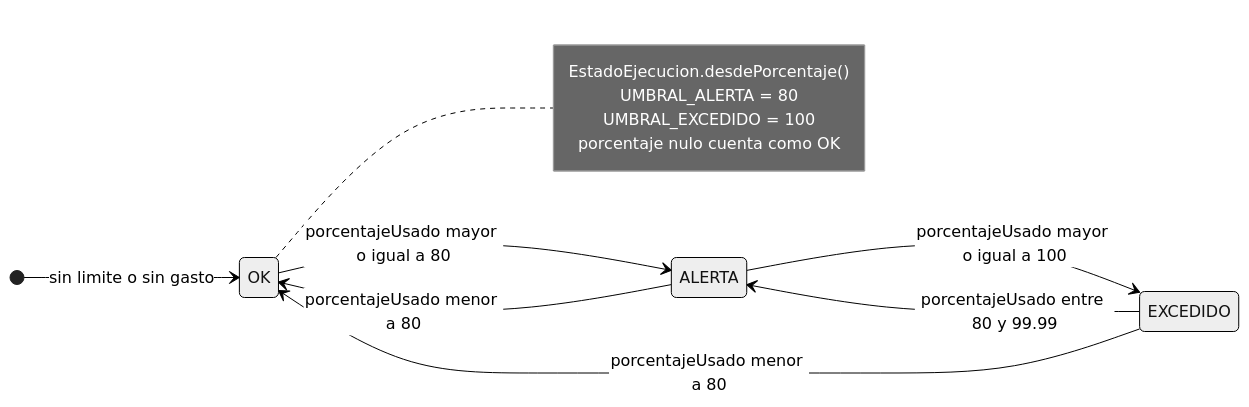
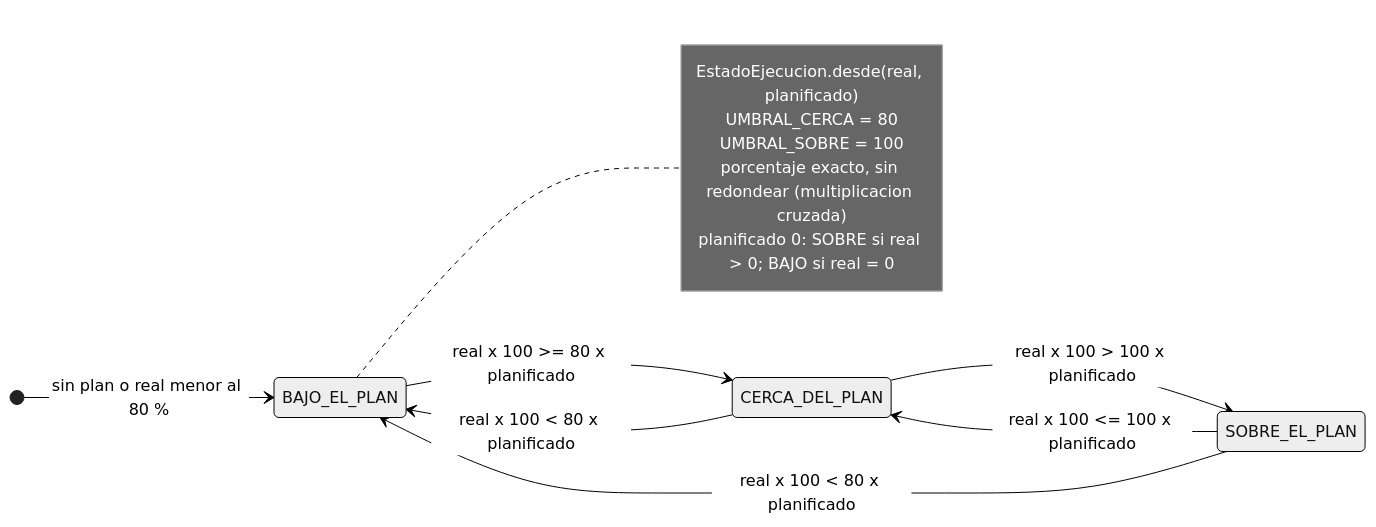
The second of 3 diagrams in docs/diagramas/08-estados.md (ItsMilkey/LITE), drawn with Mermaid (neutral theme) before and after one commit. The commit also changed other lines of this file and 23 other files, not shown here.

````diff
--- a/docs/diagramas/08-estados.md
+++ b/docs/diagramas/08-estados.md
@@ -38,17 +40,18 @@
 ```mermaid
 stateDiagram-v2
     direction LR
-    [*] --> OK : sin limite o sin gasto
-    OK --> ALERTA : porcentajeUsado mayor o igual a 80
-    ALERTA --> EXCEDIDO : porcentajeUsado mayor o igual a 100
-    EXCEDIDO --> ALERTA : porcentajeUsado entre 80 y 99.99
-    ALERTA --> OK : porcentajeUsado menor a 80
-    EXCEDIDO --> OK : porcentajeUsado menor a 80
+    [*] --> BAJO_EL_PLAN : sin plan o real menor al 80 %
+    BAJO_EL_PLAN --> CERCA_DEL_PLAN : real x 100 >= 80 x planificado
+    CERCA_DEL_PLAN --> SOBRE_EL_PLAN : real x 100 > 100 x planificado
+    SOBRE_EL_PLAN --> CERCA_DEL_PLAN : real x 100 <= 100 x planificado
+    CERCA_DEL_PLAN --> BAJO_EL_PLAN : real x 100 < 80 x planificado
+    SOBRE_EL_PLAN --> BAJO_EL_PLAN : real x 100 < 80 x planificado
 
-    note right of OK
-        EstadoEjecucion.desdePorcentaje()
-        UMBRAL_ALERTA = 80
-        UMBRAL_EXCEDIDO = 100
-        porcentaje nulo cuenta como OK
+    note right of BAJO_EL_PLAN
+        EstadoEjecucion.desde(real, planificado)
+        UMBRAL_CERCA = 80
+        UMBRAL_SOBRE = 100
+        porcentaje exacto, sin redondear (multiplicacion cruzada)
+        planificado 0: SOBRE si real > 0; BAJO si real = 0
     end note
 ```
````
